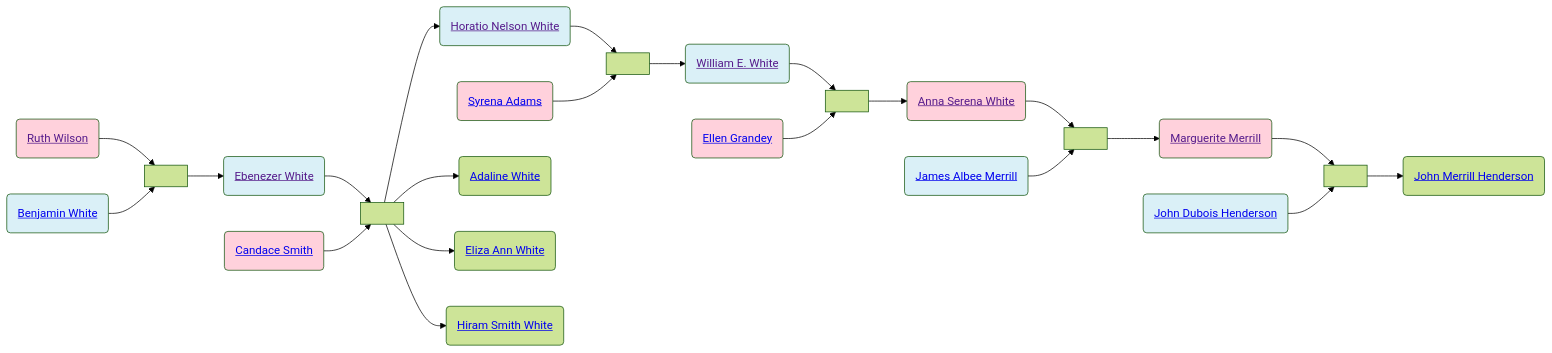
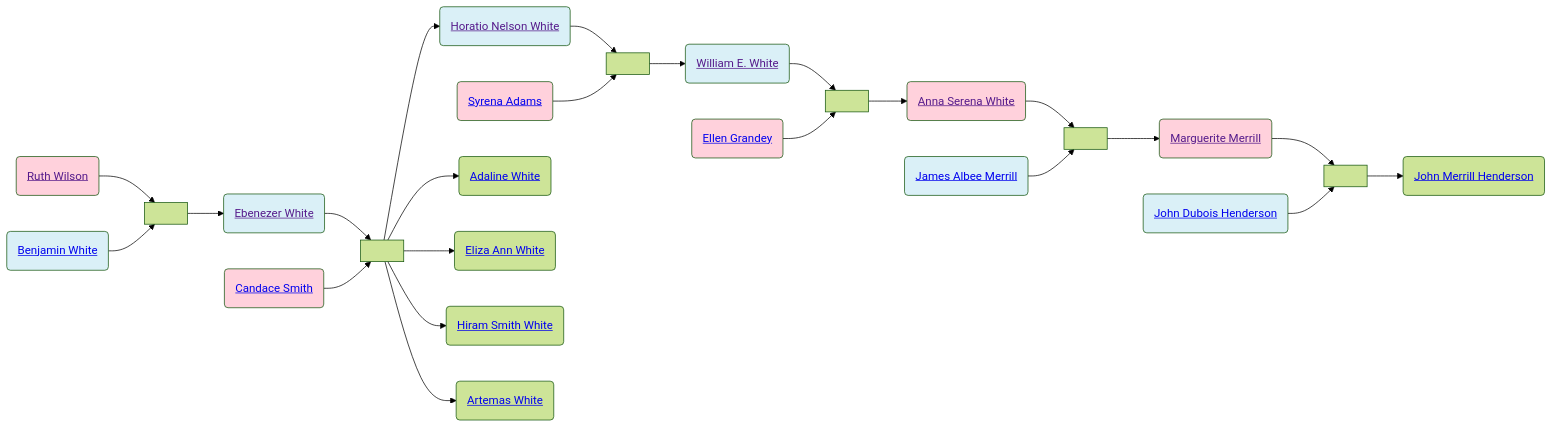
The diagram in familyhistory/sources/people/Merrill-line/White-line/Wilson-line/Ruth_Wilson.qmd (neelsmith/avocational), drawn with Mermaid (forest theme) before and after one commit. The commit also changed 46 other files, not shown here.

````diff
--- a/familyhistory/sources/people/Merrill-line/White-line/Wilson-line/Ruth_Wilson.qmd
+++ b/familyhistory/sources/people/Merrill-line/White-line/Wilson-line/Ruth_Wilson.qmd
@@ -26,53 +26,56 @@
 ```{mermaid}
 graph LR
 %% LR descendant diagram
 class Ruth_Wilson_and_Benjamin_White marriage
 Ruth_Wilson(<a href=''>Ruth Wilson</>) --> Ruth_Wilson_and_Benjamin_White[ ]
 Benjamin_White(<a href='./../Benjamin_White.html'>Benjamin White</>) --> Ruth_Wilson_and_Benjamin_White(( ))
 class Benjamin_White father
 class Ruth_Wilson mother
 Ruth_Wilson_and_Benjamin_White[ ] --> Ebenezer_White(<a href='./../Ebenezer_White.html'>Ebenezer White</>)
 class Ebenezer_White_and_Candace_Smith marriage
 Ebenezer_White(<a href=''>Ebenezer White</>) --> Ebenezer_White_and_Candace_Smith[ ]
 Candace_Smith(<a href='./Candace-Smith-line/Candace_Smith.html'>Candace Smith</>) --> Ebenezer_White_and_Candace_Smith(( ))
 class Ebenezer_White father
 class Candace_Smith mother
 Ebenezer_White_and_Candace_Smith[ ] --> Horatio_Nelson_White(<a href='./Horatio_Nelson_White.html'>Horatio Nelson White</>)
 class Horatio_Nelson_White_and_Syrena_Adams marriage
 Horatio_Nelson_White(<a href=''>Horatio Nelson White</>) --> Horatio_Nelson_White_and_Syrena_Adams[ ]
 Syrena_Adams(<a href='./Syrena_Adams.html'>Syrena Adams</>) --> Horatio_Nelson_White_and_Syrena_Adams(( ))
 class Horatio_Nelson_White father
 class Syrena_Adams mother
 Horatio_Nelson_White_and_Syrena_Adams[ ] --> William_E._White(<a href='./William_E._White.html'>William E. White</>)
 class William_E._White_and_Ellen_Grandey marriage
 William_E._White(<a href=''>William E. White</>) --> William_E._White_and_Ellen_Grandey[ ]
 Ellen_Grandey(<a href='./../Grandey-line/Ellen_Grandey.html'>Ellen Grandey</>) --> William_E._White_and_Ellen_Grandey(( ))
 class William_E._White father
 class Ellen_Grandey mother
 William_E._White_and_Ellen_Grandey[ ] --> Anna_Serena_White(<a href='./Anna_Serena_White.html'>Anna Serena White</>)
 class Anna_Serena_White_and_James_Albee_Merrill marriage
 Anna_Serena_White(<a href=''>Anna Serena White</>) --> Anna_Serena_White_and_James_Albee_Merrill[ ]
 James_Albee_Merrill(<a href='./../James_Albee_Merrill.html'>James Albee Merrill</>) --> Anna_Serena_White_and_James_Albee_Merrill(( ))
 class James_Albee_Merrill father
 class Anna_Serena_White mother
 Anna_Serena_White_and_James_Albee_Merrill[ ] --> Marguerite_Merrill(<a href='./../Marguerite_Merrill.html'>Marguerite Merrill</>)
 class Marguerite_Merrill_and_John_Dubois_Henderson marriage
 Marguerite_Merrill(<a href=''>Marguerite Merrill</>) --> Marguerite_Merrill_and_John_Dubois_Henderson[ ]
 John_Dubois_Henderson(<a href='./../Henderson-line/John_Dubois_Henderson.html'>John Dubois Henderson</>) --> Marguerite_Merrill_and_John_Dubois_Henderson(( ))
 class John_Dubois_Henderson father
 class Marguerite_Merrill mother
 Marguerite_Merrill_and_John_Dubois_Henderson[ ] --> John_Merrill_Henderson(<a href='./../Henderson-line/John_Merrill_Henderson.html'>John Merrill Henderson</>)
 class Ebenezer_White father
 class Candace_Smith mother
 Ebenezer_White_and_Candace_Smith[ ] --> Adaline_White(<a href='./Adaline_White.html'>Adaline White</>)
 class Ebenezer_White father
 class Candace_Smith mother
 Ebenezer_White_and_Candace_Smith[ ] --> Eliza_Ann_White(<a href='./Eliza_Ann_White.html'>Eliza Ann White</>)
 class Ebenezer_White father
 class Candace_Smith mother
 Ebenezer_White_and_Candace_Smith[ ] --> Hiram_Smith_White(<a href='./Hiram_Smith_White.html'>Hiram Smith White</>)
+class Ebenezer_White father
+class Candace_Smith mother
+Ebenezer_White_and_Candace_Smith[ ] --> Artemas_White(<a href='./Artemas_White.html'>Artemas White</>)
 classDef mother fill:#ffd1dc
 classDef father fill:#daf0f7  
 classDef marriage fill:#ffffff
 
 ```
````
